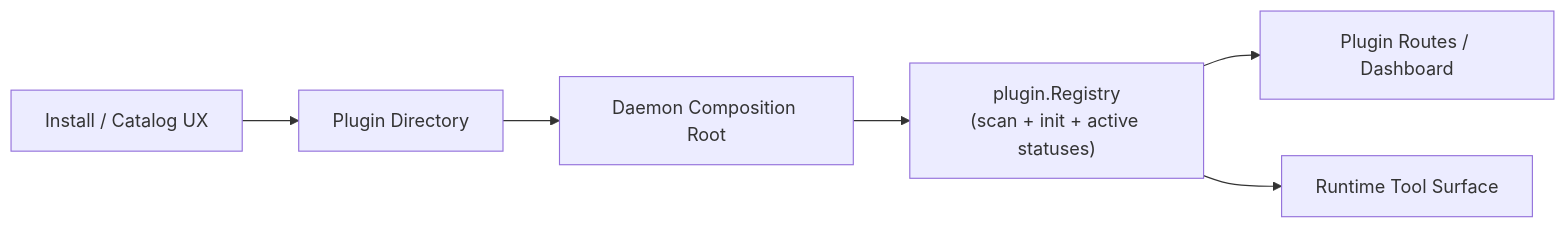
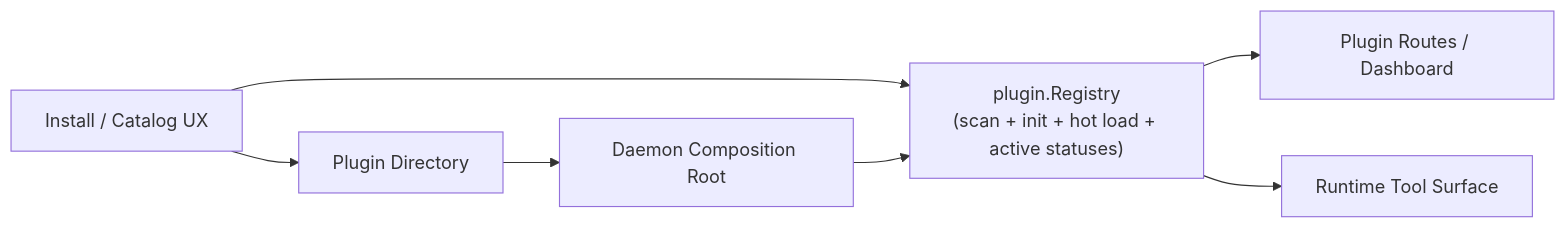
One commit to robot-accomplice/roboticus changed the ninth of 15 diagrams in docs/architecture-rules-diagrams.md. Above: the diagram before and after it, drawn with Mermaid. The commit also changed other lines of this file and 12 other files, not shown here.

Commit message:
Hot-load installed plugins into live registry

````diff
--- a/docs/architecture-rules-diagrams.md
+++ b/docs/architecture-rules-diagrams.md
@@ -265,15 +265,16 @@
 ```mermaid
 flowchart LR
     install["Install / Catalog UX"]
     fs["Plugin Directory"]
     daemon["Daemon Composition Root"]
-    registry["plugin.Registry\n(scan + init + active statuses)"]
+    registry["plugin.Registry\n(scan + init + hot load + active statuses)"]
     routes["Plugin Routes / Dashboard"]
     runtime["Runtime Tool Surface"]
 
     install --> fs
+    install --> registry
     daemon --> registry
     fs --> daemon
     registry --> routes
     registry --> runtime
 ```
````
